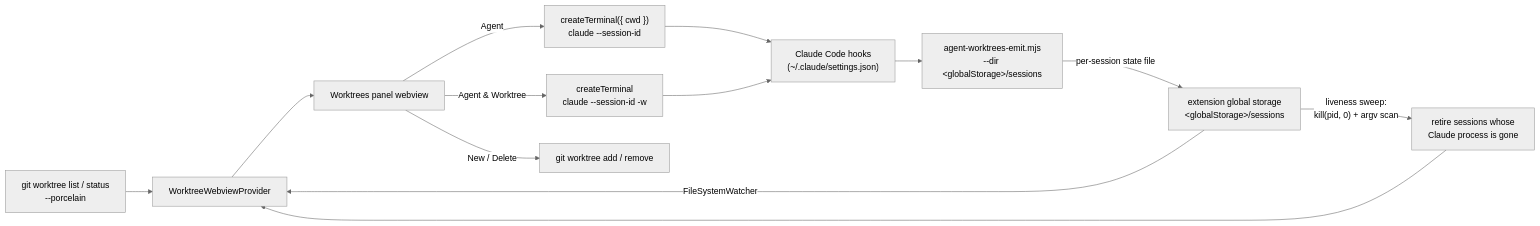
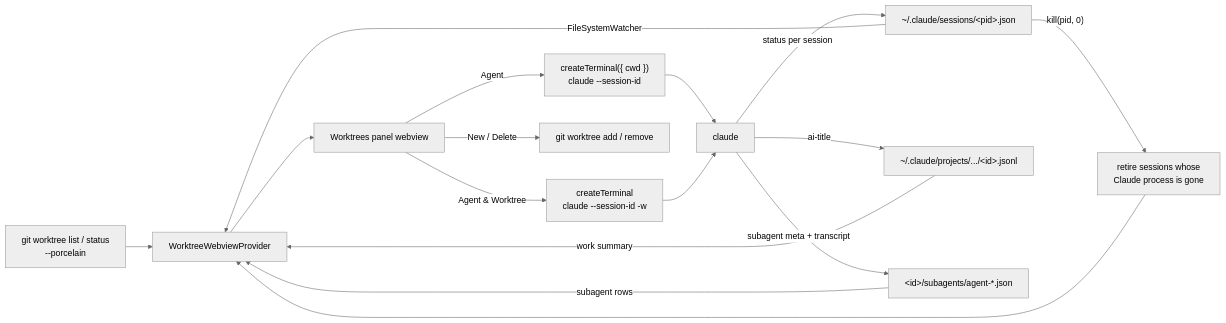
The diagram in README.md (BradenTerry/agent-worktrees), drawn with Mermaid (neutral theme) before and after one commit. The commit also changed other lines of this file and 32 other files, not shown here.

First line of the commit message:
Drop the hooks: agent status, work summaries and subagents all from Claude's own files (#83)

````diff
--- a/README.md
+++ b/README.md
@@ -108,15 +108,18 @@
 ```mermaid
 flowchart LR
     G["git worktree list / status<br/>--porcelain"] --> P[WorktreeWebviewProvider]
     P --> V[Worktrees panel webview]
     V -->|Agent| T["createTerminal({ cwd })<br/>claude --session-id"]
     V -->|Agent & Worktree| TW["createTerminal<br/>claude --session-id -w"]
     V -->|New / Delete| WT["git worktree add / remove"]
-    H["Claude Code hooks<br/>(~/.claude/settings.json)"] --> E["agent-worktrees-emit.mjs<br/>--dir &lt;globalStorage&gt;/sessions"]
-    E -->|per-session state file| S["extension global storage<br/>&lt;globalStorage&gt;/sessions"]
+    T --> C
+    TW --> C
+    C["claude"] -->|"status per session"| S["~/.claude/sessions/&lt;pid&gt;.json"]
+    C -->|"ai-title"| J["~/.claude/projects/.../&lt;id&gt;.jsonl"]
+    C -->|"subagent meta + transcript"| SA["&lt;id&gt;/subagents/agent-*.json"]
+    SA -->|subagent rows| P
     S -->|FileSystemWatcher| P
-    S -->|"liveness sweep:<br/>kill(pid, 0) + argv scan"| L["retire sessions whose<br/>Claude process is gone"]
+    S -->|"kill(pid, 0)"| L["retire sessions whose<br/>Claude process is gone"]
     L --> P
-    T --> H
-    TW --> H
+    J -->|work summary| P
 ```
````
